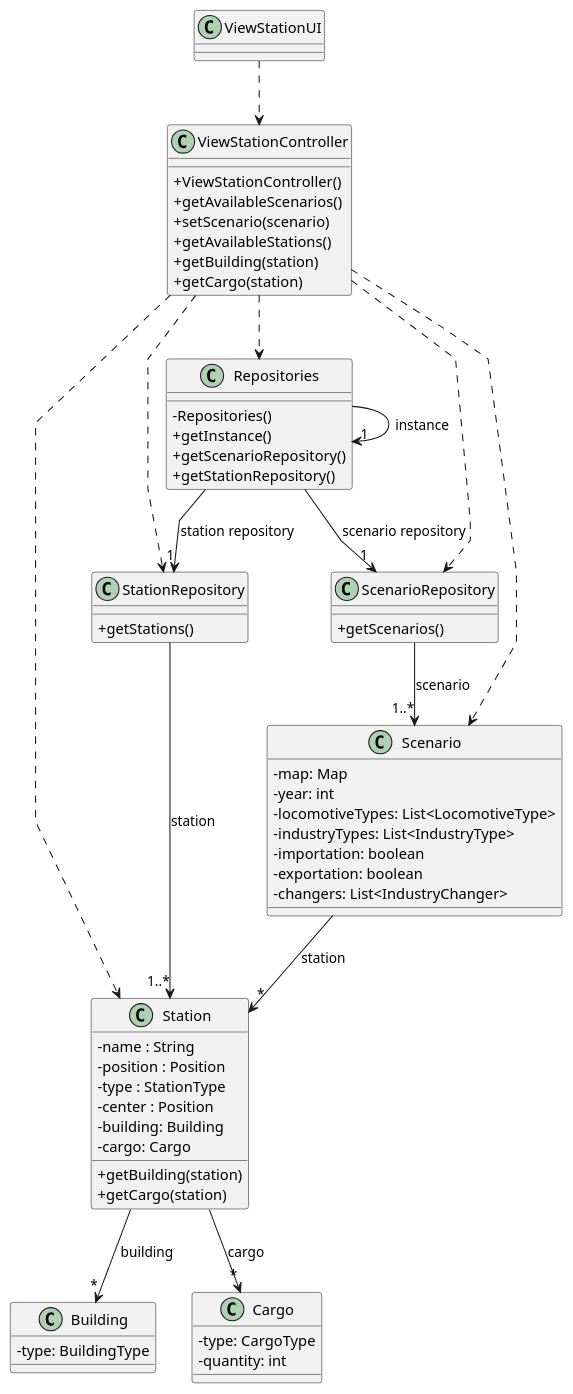
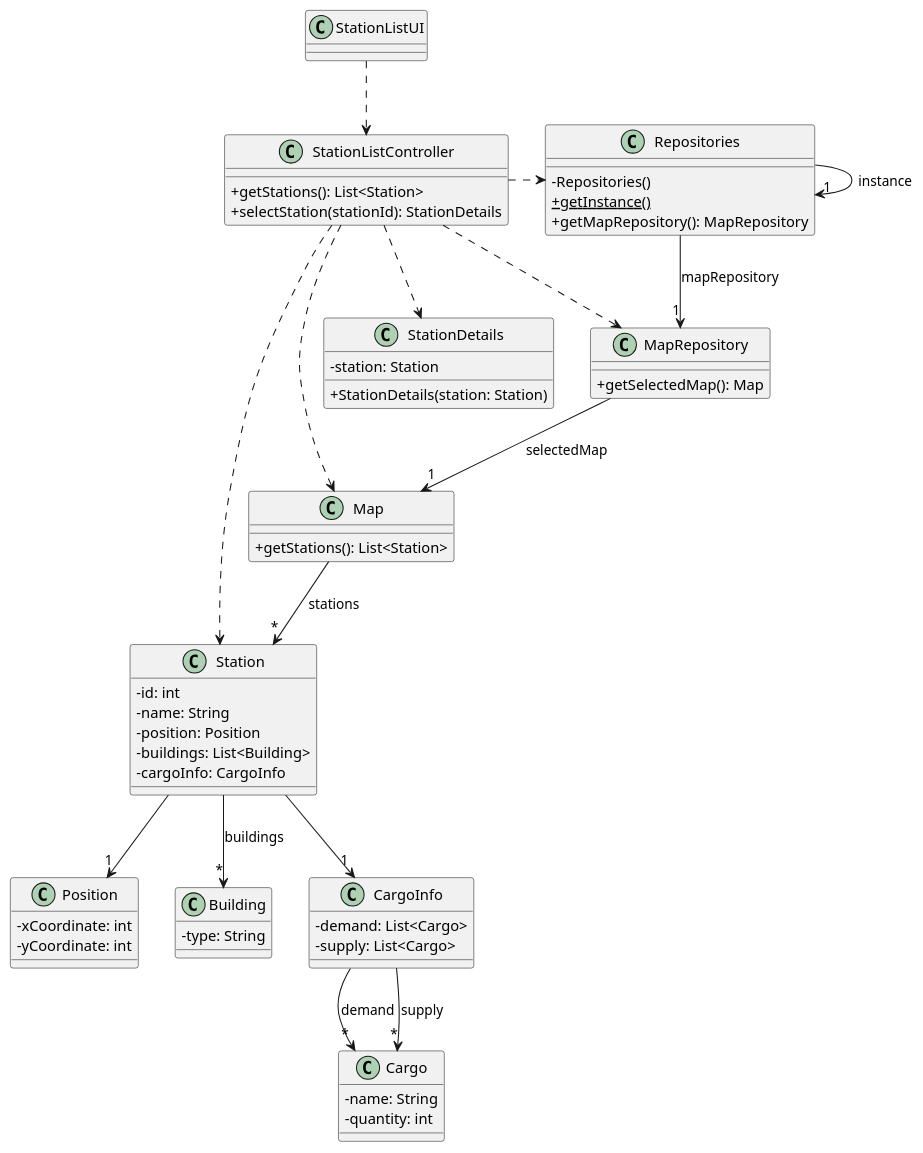
The diagram in Sprint2/US007/03.design/puml/US007-CD.puml (1240935/pi2-railway-simulator), drawn with PlantUML before and after one commit.

Commit message:
US007-CD.puml finished

```diff
--- a/Sprint2/US007/03.design/puml/US007-CD.puml
+++ b/Sprint2/US007/03.design/puml/US007-CD.puml
@@ -1,90 +1,76 @@
 @startuml
-'skinparam monochrome true
-skinparam packageStyle rectangle
-skinparam shadowing false
-skinparam linetype polyline
-'skinparam linetype orto
-
 skinparam classAttributeIconSize 0
 
-'left to right direction
-
-
-class ViewStationUI {
+class StationListUI {
 }
 
-class ViewStationController {
-  +ViewStationController()
-  +getAvailableScenarios()
-  +setScenario(scenario)
-  +getAvailableStations()
-  +getBuilding(station)
-  +getCargo(station)
+class StationListController {
+  +getStations(): List<Station>
+  +selectStation(stationId): StationDetails
+}
+
+class MapRepository {
+  +getSelectedMap(): Map
 }
 
 class Repositories {
-  -Repositories()
-  +getInstance()
-  +getScenarioRepository()
-  +getStationRepository()
+  - Repositories()
+  + {static} getInstance()
+  + getMapRepository(): MapRepository
 }
 
-class ScenarioRepository {
-  +getScenarios()
+class Map {
+  +getStations(): List<Station>
 }
 
-class StationRepository {
-  +getStations()
+class Station {
+  - id: int
+  - name: String
+  - position: Position
+  - buildings: List<Building>
+  - cargoInfo: CargoInfo
 }
 
-class Scenario {
-    -map: Map
-    -year: int
-    -locomotiveTypes: List<LocomotiveType>
-    -industryTypes: List<IndustryType>
-    -importation: boolean
-    -exportation: boolean
-    -changers: List<IndustryChanger>
-}
-
-
-class Station{
-    -name : String
-    -position : Position
-    -type : StationType
-    -center : Position
-    -building: Building
-    -cargo: Cargo
-    +getBuilding(station)
-    +getCargo(station)
+class Position {
+  - xCoordinate: int
+  - yCoordinate: int
 }
 
 class Building {
-    -type: BuildingType
+  - type: String
+}
+
+class CargoInfo {
+  - demand: List<Cargo>
+  - supply: List<Cargo>
 }
 
 class Cargo {
-  -type: CargoType
-  -quantity: int
+  - name: String
+  - quantity: int
 }
 
+class StationDetails {
+  - station: Station
+  + StationDetails(station: Station)
+}
 
-ViewStationUI ..> ViewStationController
-ViewStationController ..> Repositories
-ViewStationController ..> ScenarioRepository
-ViewStationController ..> StationRepository
-ViewStationController ..> Scenario
-ViewStationController ..> Station
+StationListUI ..> StationListController
+StationListController .> Repositories
+StationListController ..> MapRepository
+StationListController ..> Map
+StationListController ..> Station
+StationListController ..> StationDetails
 
+MapRepository --> "1" Map : selectedMap
+Map --> "*" Station : stations
+Station --> "1" Position
+Station --> "*" Building : buildings
+Station --> "1" CargoInfo
+CargoInfo --> "*" Cargo : demand
+CargoInfo --> "*" Cargo : supply
+
+Repositories --> "1" MapRepository : mapRepository
 Repositories -> "1" Repositories : instance
-Repositories --> "1" ScenarioRepository : scenario repository
-Repositories --> "1" StationRepository : station repository
-ScenarioRepository --> "1..*" Scenario : scenario
-StationRepository --> "1..*" Station : station
-Scenario --> "*" Station : station
-
-Station --> "*" Building : building
-Station --> "*" Cargo : cargo
-
 
 @enduml
```
